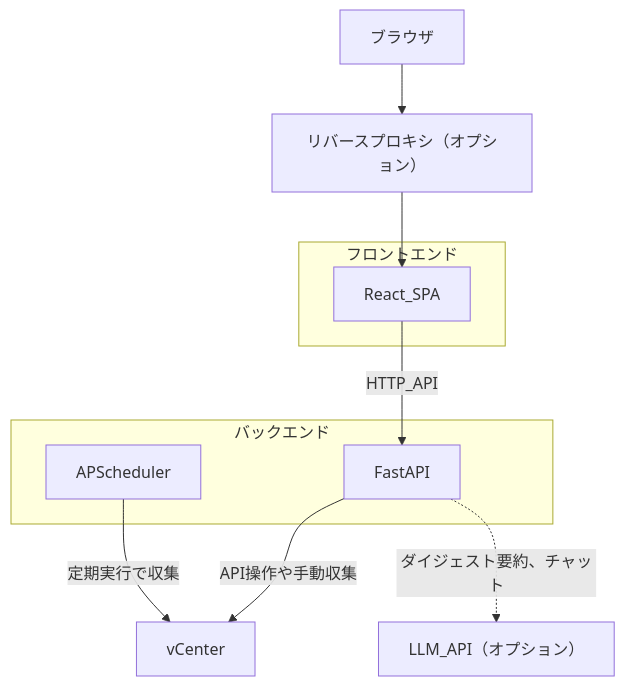
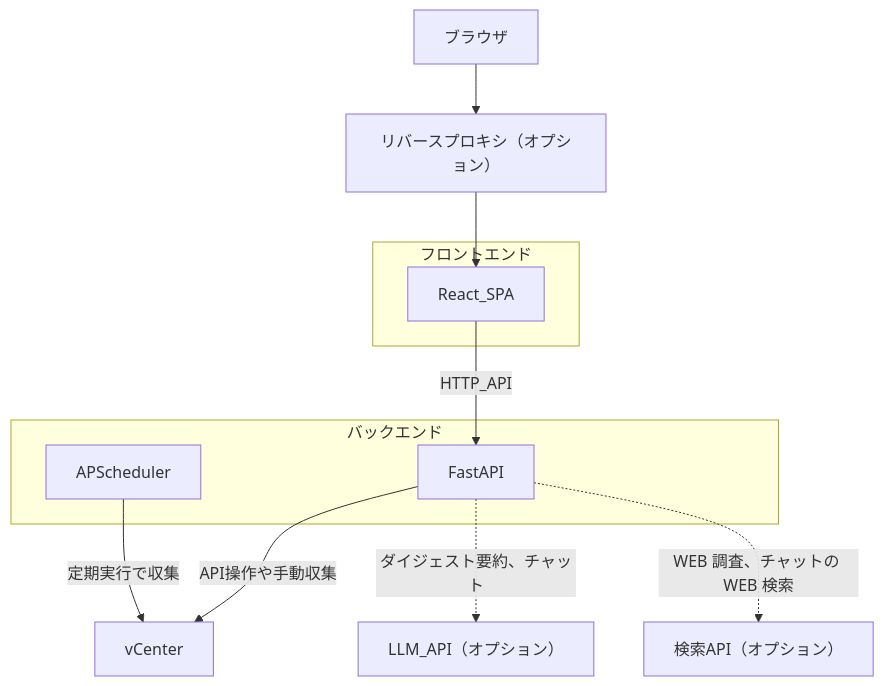
The diagram in README.md (t-m0riyama/vcenter-event-assistant), drawn with Mermaid before and after one commit. The commit also changed other lines of this file, not shown here.

Commit message:
docs(readme): WEB 調査・WEB 検索機能の記述を追加
現状のコードベースに合わせて README を更新する。
- ユースケースに WEB 調査（キャッシュ付記）とチャットの WEB 検索を追記
- アーキテクチャ図に検索 API（オプション）を追加
- 制約に検索クエリの外部送信に関する注意を追記

````diff
--- a/README.md
+++ b/README.md
@@ -22,21 +23,23 @@
 ```mermaid
 flowchart TB
   Browser[ブラウザ]
   Proxy[リバースプロキシ（オプション）]
   subgraph fe [フロントエンド]
     FE[React_SPA]
   end
   subgraph be [バックエンド]
     BE[FastAPI]
     Sched[APScheduler]
   end
   VC[vCenter]
   LLM[LLM_API（オプション）]
+  Search[検索API（オプション）]
 
   Browser --> Proxy
   Proxy --> FE
   FE -->|HTTP_API| BE
   Sched -->|定期実行で収集| VC
   BE -->|API操作や手動収集| VC
   BE -.->|ダイジェスト要約、チャット| LLM
+  BE -.->|WEB 調査、チャットの WEB 検索| Search
 ```
````
